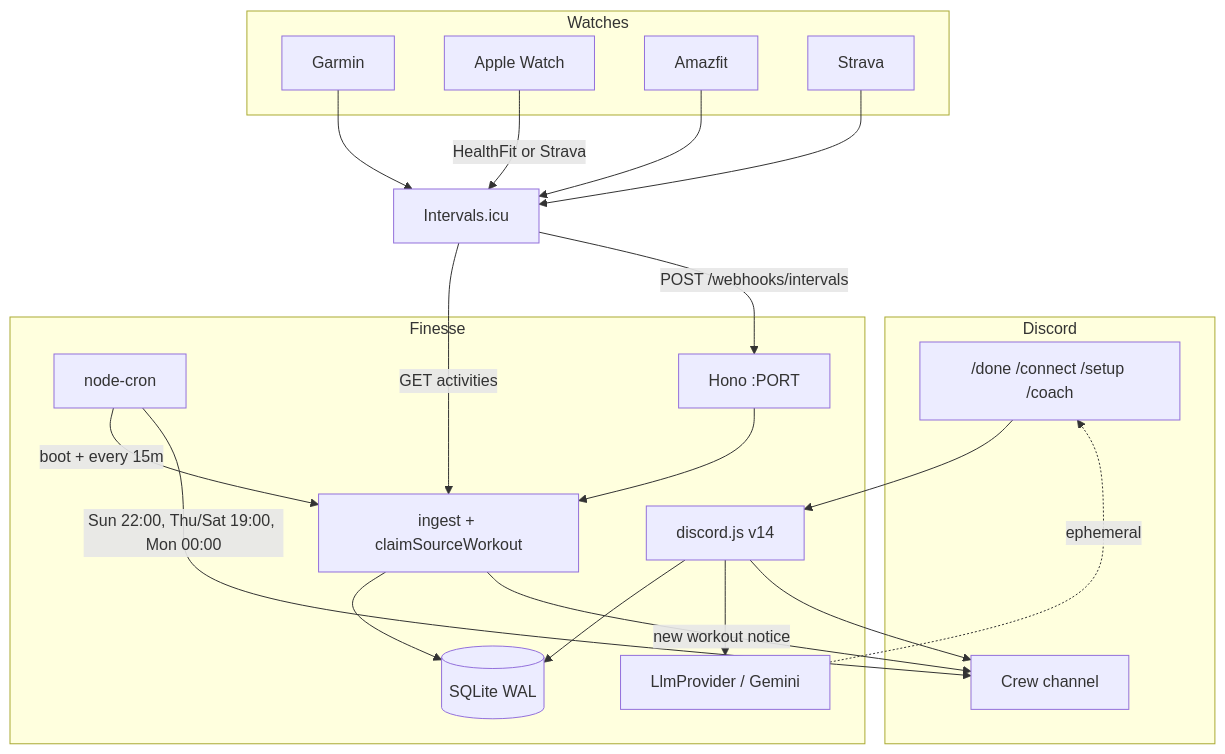
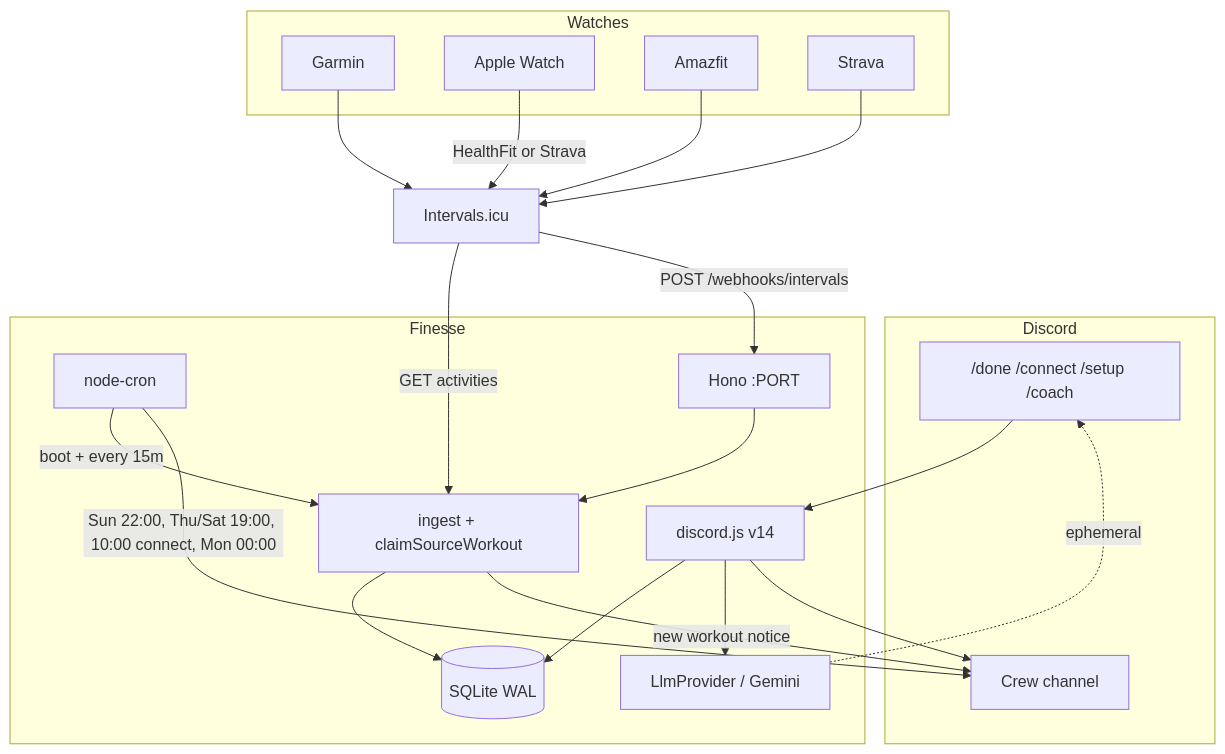
Before and after one commit to renzoventura/finesse: the first of 3 diagrams in docs/architecture.md, drawn with Mermaid. The commit also changed other lines of this file and 14 other files, not shown here.

````diff
--- a/docs/architecture.md
+++ b/docs/architecture.md
@@ -5,41 +5,41 @@
 ```mermaid
 flowchart TB
   subgraph watches [Watches]
     Garmin
     Apple[Apple Watch]
     Amazfit
     StravaFeed[Strava]
   end
 
   Garmin --> Intervals[Intervals.icu]
   Amazfit --> Intervals
   Apple -->|"HealthFit or Strava"| Intervals
   StravaFeed --> Intervals
 
   subgraph discord [Discord]
     Slash["/done /connect /setup /coach"]
     Channel[Crew channel]
   end
 
   subgraph process [Finesse]
     Gateway[discord.js v14]
     Cron["node-cron"]
     HTTP["Hono :PORT"]
     Ingest[ingest + claimSourceWorkout]
     DB[(SQLite WAL)]
     LLM["LlmProvider / Gemini"]
   end
 
   Slash --> Gateway
   Gateway --> DB
   Gateway --> LLM
   LLM -.->|ephemeral| Slash
   Cron -->|"boot + every 15m"| Ingest
   Intervals -->|"GET activities"| Ingest
   Intervals -->|"POST /webhooks/intervals"| HTTP
   HTTP --> Ingest
   Ingest --> DB
   Ingest -->|"new workout notice"| Channel
   Gateway --> Channel
-  Cron -->|"Sun 22:00, Thu/Sat 19:00, Mon 00:00"| Channel
+  Cron -->|"Sun 22:00, Thu/Sat 19:00, 10:00 connect, Mon 00:00"| Channel
 ```
````
